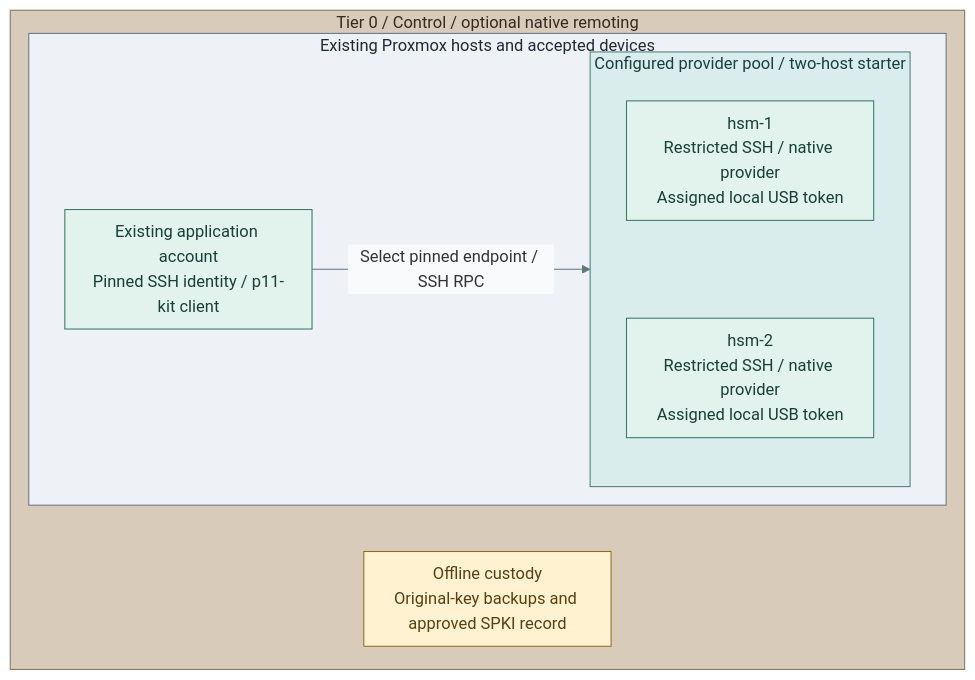
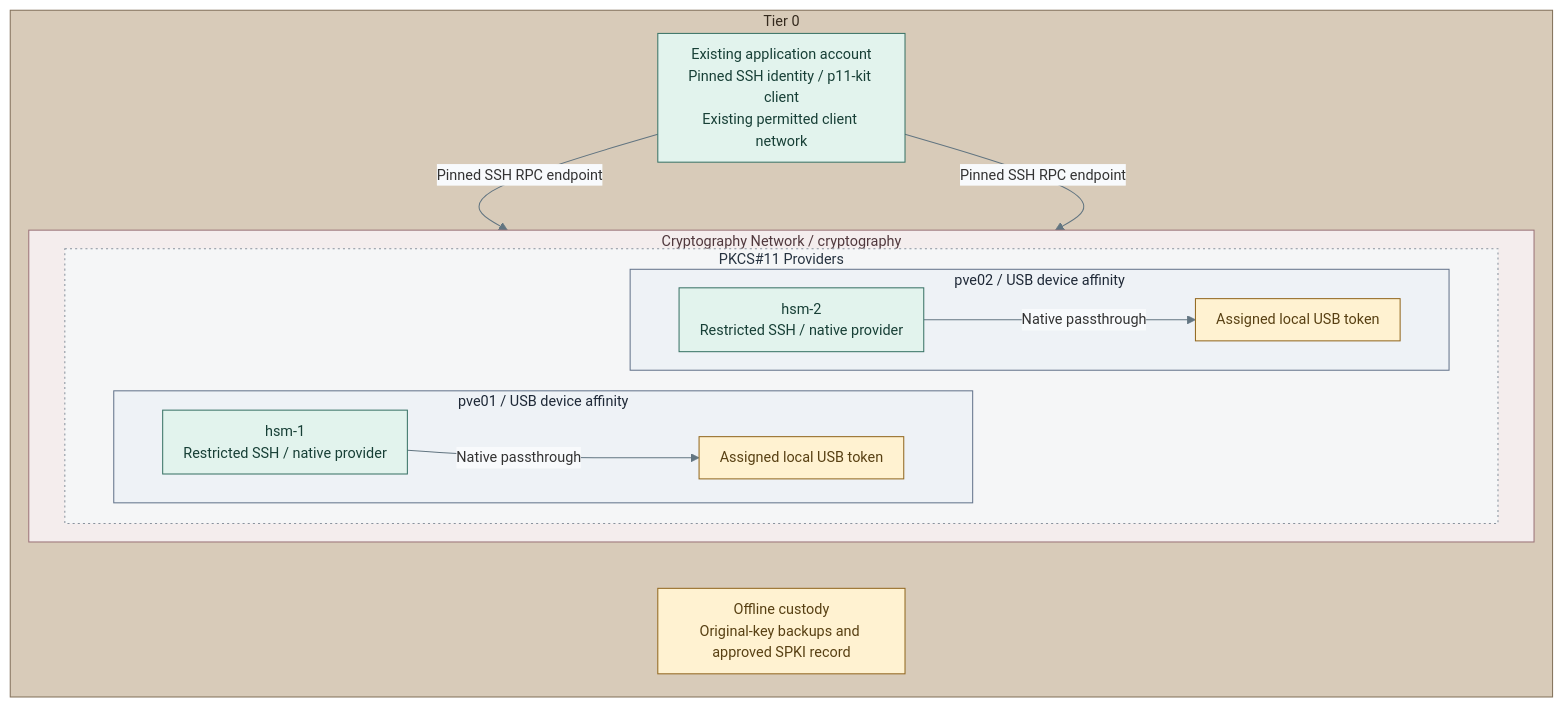
Before and after one commit to Rexus/homelab: the diagram in docs/03-deployment/stage-3-trust/procedures/pkcs11-remoting.md, drawn with Mermaid. The commit also changed other lines of this file and 124 other files, not shown here.

First line of the commit message:
fix(platform): align service diagrams and directory failover

````diff
--- a/docs/03-deployment/stage-3-trust/procedures/pkcs11-remoting.md
+++ b/docs/03-deployment/stage-3-trust/procedures/pkcs11-remoting.md
@@ -12,31 +12,44 @@
 ```mermaid
-%%{init: {"theme":"base","flowchart":{"nodeSpacing":16,"rankSpacing":20,"padding":10},"themeVariables":{"lineColor":"#627581","edgeLabelBackground":"#f8fafc"}}}%%
+%%{init: {"theme":"base","flowchart":{"nodeSpacing":16,"rankSpacing":20,"padding":10},"themeVariables":{"lineColor":"#627581","edgeLabelBackground":"#f8fafc","fontFamily":"Arial, sans-serif","fontSize":"14px"},"fontFamily":"Arial, sans-serif"}}%%
 flowchart TB
-  subgraph T0["Tier 0 / Control / optional native remoting"]
+  subgraph T0["Tier 0"]
     direction TB
-    subgraph Connected["Existing Proxmox hosts and accepted devices"]
+    Client["Existing application account<br/>Pinned SSH identity / p11-kit client<br/>Existing permitted client network"]
+    subgraph Network["Cryptography Network / cryptography"]
       direction LR
-      Client["Existing application account<br/>Pinned SSH identity / p11-kit client"]
-      subgraph Pool["Configured provider pool / two-host starter"]
-        direction TB
-        H1["hsm-1<br/>Restricted SSH / native provider<br/>Assigned local USB token"]
-        H2["hsm-2<br/>Restricted SSH / native provider<br/>Assigned local USB token"]
-        H1 ~~~ H2
+      subgraph Pool["PKCS#11 Providers"]
+        direction LR
+        subgraph A["pve01 / USB device affinity"]
+          H1["hsm-1<br/>Restricted SSH / native provider"]
+          Token1["Assigned local USB token"]
+          H1 -->|Native passthrough| Token1
+        end
+        subgraph B["pve02 / USB device affinity"]
+          H2["hsm-2<br/>Restricted SSH / native provider"]
+          Token2["Assigned local USB token"]
+          H2 -->|Native passthrough| Token2
+        end
+        A ~~~ B
       end
-      Client -->|Select pinned endpoint / SSH RPC| Pool
     end
+    Client -->|Pinned SSH RPC endpoint| H1
+    Client -->|Pinned SSH RPC endpoint| H2
     Recovery["Offline custody<br/>Original-key backups and approved SPKI record"]
-    Connected ~~~ Recovery
+    Network ~~~ Recovery
   end
   classDef default fill:#f8fafc,stroke:#64748b,color:#1f2937
   classDef control fill:#e2f3ed,stroke:#397366,color:#173f36
   classDef runtime fill:#d9eeec,stroke:#4d7b77,color:#173f3e
   classDef boundary fill:#eef2f6,stroke:#64748b,color:#1f2937
   classDef custody fill:#fff2d1,stroke:#926820,color:#584013
   class Client,H1,H2 control
-  class Connected boundary
-  class Pool runtime
-  class Recovery custody
+  class A,B boundary
+  classDef zoneControl fill:#c9e0d5,stroke:#397366,color:#173f36
+  classDef group fill:#f5f6f7,stroke:#89939e,color:#273340,stroke-dasharray:2 3
+  class Pool group
+  class Recovery,Token1,Token2 custody
   classDef tier0 fill:#d8cbb9,stroke:#83715a,color:#352a1e
   class T0 tier0
+  classDef network fill:#f4eded,stroke:#9b7378,color:#50383d
+  class Network network
 ```
````
